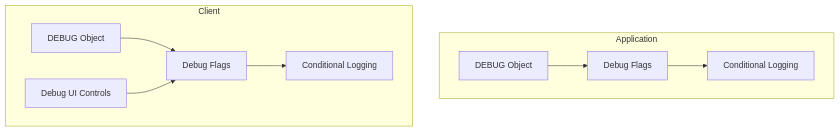
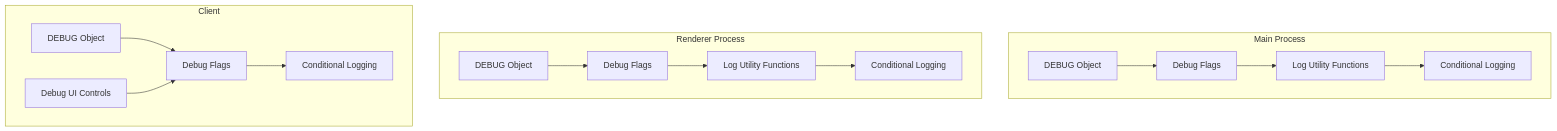
Before and after one commit to kinectron/kinectron: diagram 11 of 12 in memory-bank/systemPatterns.md, drawn with Mermaid. The commit also changed other lines of this file and 19 other files, not shown here.

Commit message:
Clean up debugging. Add debug flags, system and documentation

````diff
--- a/memory-bank/systemPatterns.md
+++ b/memory-bank/systemPatterns.md
@@ -510,19 +510,28 @@
 ```mermaid
 flowchart TD
-    subgraph "Application"
+    subgraph "Main Process"
         AppDebug[DEBUG Object]
         DebugFlags[Debug Flags]
-        LogFunctions[Conditional Logging]
+        LogFunctions[Log Utility Functions]
+        ConditionalLogs[Conditional Logging]
+    end
+
+    subgraph "Renderer Process"
+        RendererDebug[DEBUG Object]
+        RendererFlags[Debug Flags]
+        RendererLogFunctions[Log Utility Functions]
+        RendererLogs[Conditional Logging]
     end
 
     subgraph "Client"
         ClientDebug[DEBUG Object]
         ClientFlags[Debug Flags]
         ClientUI[Debug UI Controls]
         ClientLogs[Conditional Logging]
     end
 
-    AppDebug --> DebugFlags --> LogFunctions
+    AppDebug --> DebugFlags --> LogFunctions --> ConditionalLogs
+    RendererDebug --> RendererFlags --> RendererLogFunctions --> RendererLogs
     ClientDebug --> ClientFlags --> ClientLogs
     ClientUI --> ClientFlags
 ```
````
